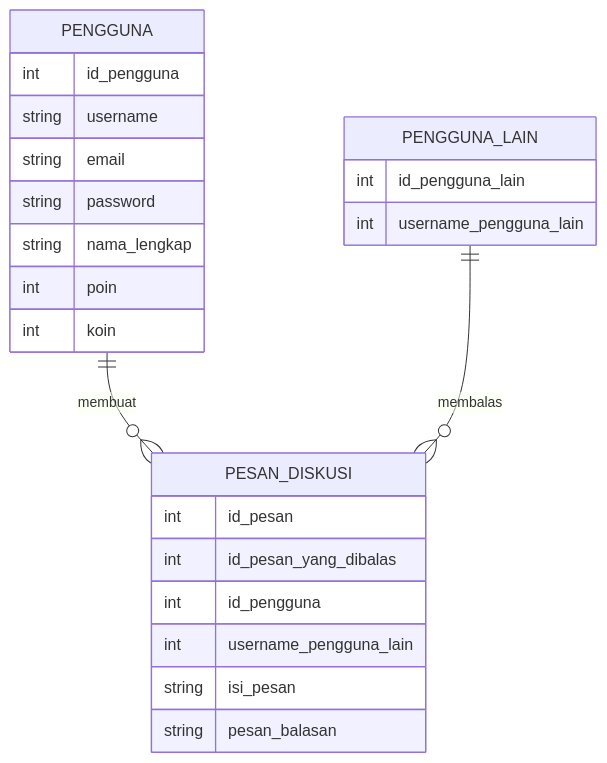
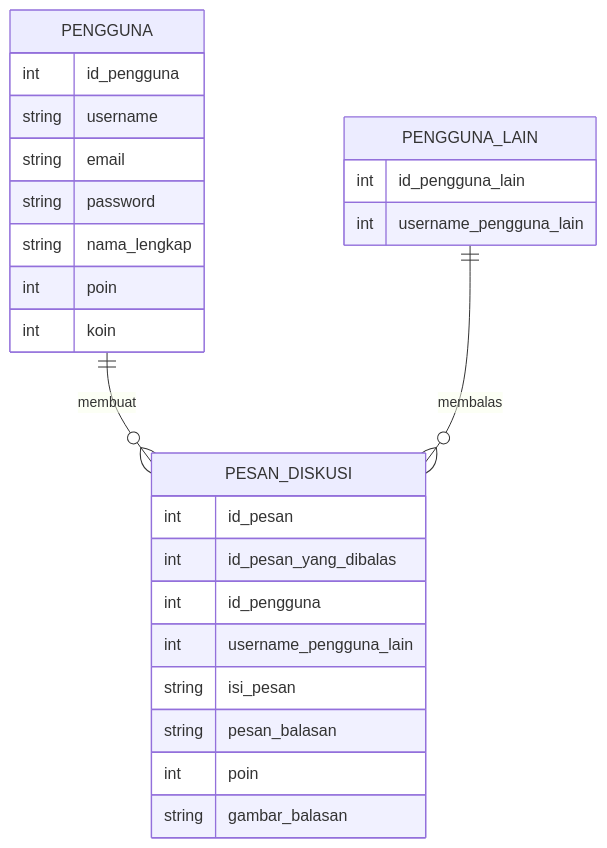
One commit to fahrizap/Kodein changed the diagram in job interview.MD. Above: the diagram before and after it, drawn with Mermaid.

Commit message:
Update job interview.MD

````diff
--- a/job interview.MD
+++ b/job interview.MD
@@ -20,27 +20,30 @@
 ```mermaid
 erDiagram
+
   PENGGUNA {
     int id_pengguna
     string username
     string email
     string password
     string nama_lengkap
     int poin
     int koin
   }
   PENGGUNA ||--o{ PESAN_DISKUSI : membuat
   PESAN_DISKUSI {
     int id_pesan
     int id_pesan_yang_dibalas
     int id_pengguna 
     int username_pengguna_lain
     string isi_pesan
     string pesan_balasan
+    int poin
+    string gambar_balasan
   }
-  
-  PENGGUNA_LAIN ||--o{ PESAN_DISKUSI : membalas
   PENGGUNA_LAIN {
     int id_pengguna_lain
     int username_pengguna_lain
   }
+  PENGGUNA_LAIN ||--o{ PESAN_DISKUSI : membalas
+  
 ```
````
